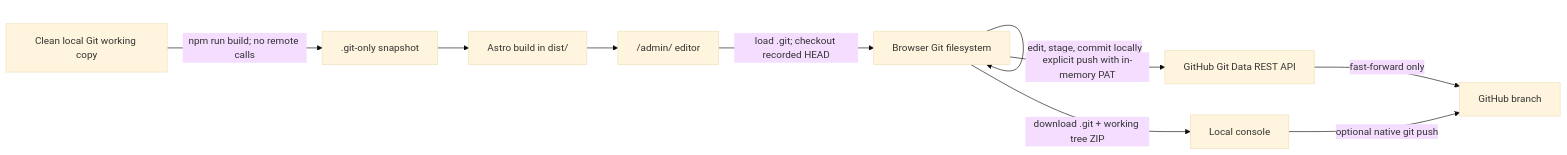
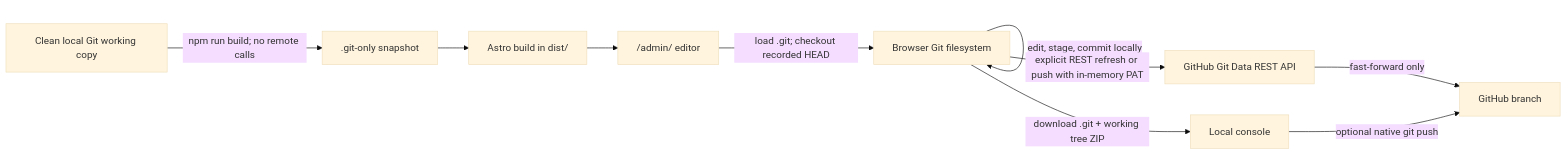
One commit to kown7/astraeuscms changed the diagram in DESIGN.md. Above: the diagram before and after it, drawn with Mermaid (base theme). The commit also changed other lines of this file and 5 other files, not shown here.

Commit message:
feat: add GitHub upstream refresh

````diff
--- a/DESIGN.md
+++ b/DESIGN.md
@@ -8,12 +8,12 @@
 ```mermaid
 flowchart LR
     Local["Clean local Git working copy"] -->|npm run build; no remote calls| Pack[".git-only snapshot"]
     Pack --> Site["Astro build in dist/"]
     Site --> Admin["/admin/ editor"]
     Admin -->|load .git; checkout recorded HEAD| Browser["Browser Git filesystem"]
     Browser -->|edit, stage, commit locally| Browser
-    Browser -->|explicit push with in-memory PAT| API["GitHub Git Data REST API"]
+    Browser -->|explicit REST refresh or push with in-memory PAT| API["GitHub Git Data REST API"]
     API -->|fast-forward only| Remote["GitHub branch"]
     Browser -->|download .git + working tree ZIP| Console["Local console"]
     Console -->|optional native git push| Remote
 ```
````
